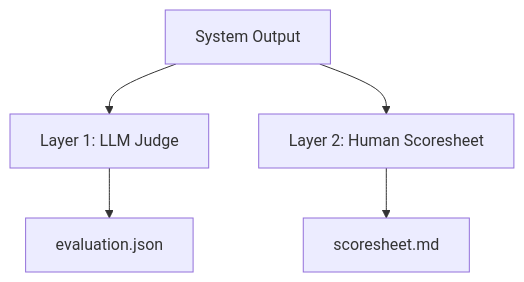
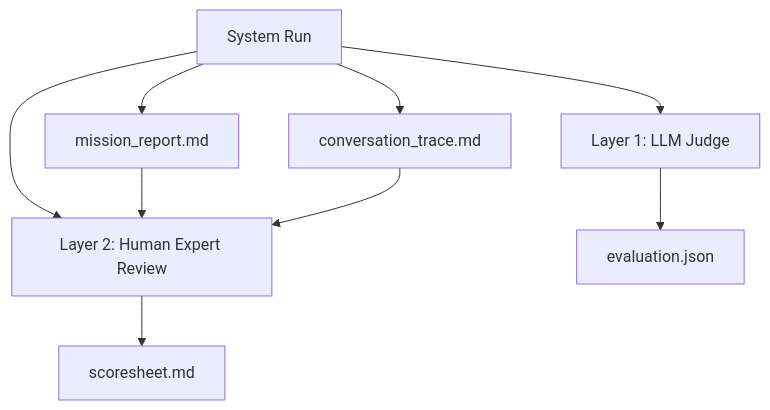
One commit to March-08/DiCWO changed the diagram in docs/evaluation/overview.md. Above: the diagram before and after it, drawn with Mermaid. The commit also changed other lines of this file and 9 other files, not shown here.

First line of the commit message:
Add conversation trace export and fix judge provider pre-flight check

````diff
--- a/docs/evaluation/overview.md
+++ b/docs/evaluation/overview.md
@@ -5,7 +8,11 @@
 ```mermaid
 graph TD
-    S[System Output] --> J[Layer 1: LLM Judge]
-    S --> H[Layer 2: Human Scoresheet]
+    S[System Run] --> MR[mission_report.md]
+    S --> CT[conversation_trace.md]
+    S --> J[Layer 1: LLM Judge]
+    S --> H[Layer 2: Human Expert Review]
+    MR --> H
+    CT --> H
     J --> E[evaluation.json]
     H --> SC[scoresheet.md]
 ```
````
